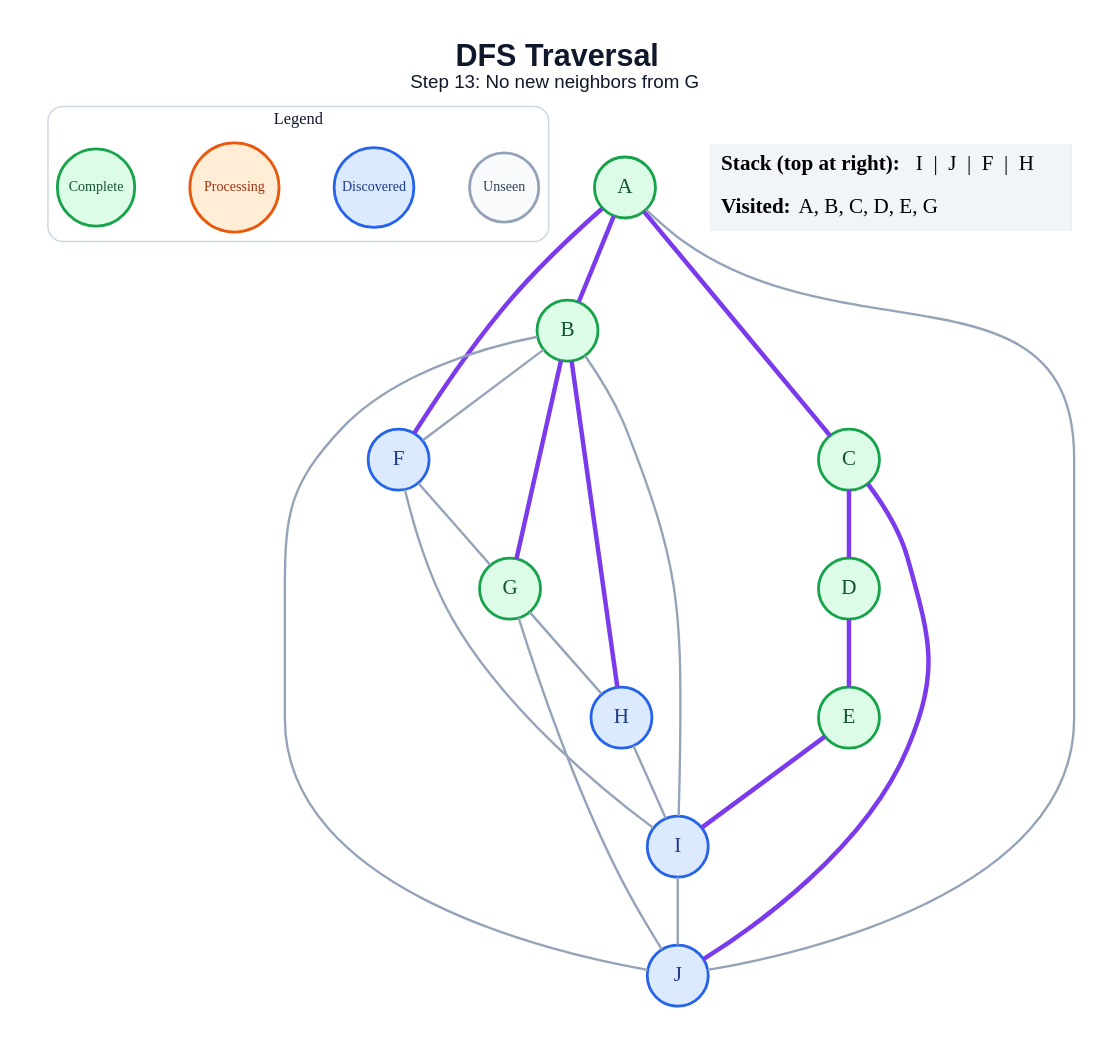
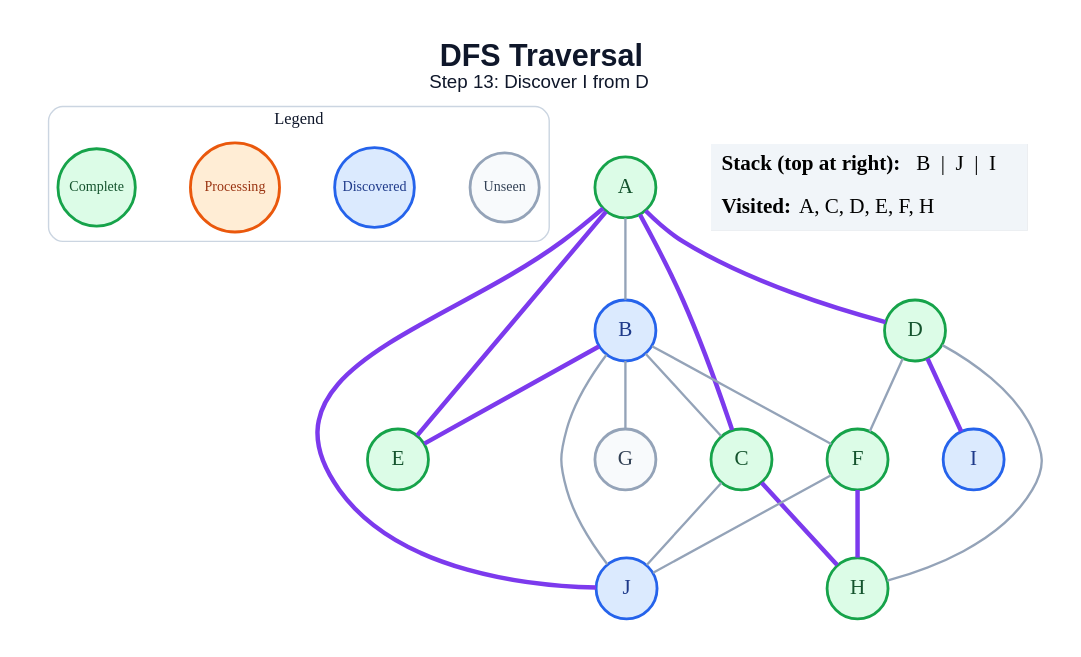
Before and after one commit to amanghodawala9/ai-slop: the diagram in generated/specific-node/dfs/step_13.dot, drawn with Graphviz. The commit also changed 178 other files, not shown here.

```diff
--- a/generated/specific-node/dfs/step_13.dot
+++ b/generated/specific-node/dfs/step_13.dot
@@ -1,48 +1,46 @@
 graph traversal {
   graph [layout=dot, rankdir=TB, bgcolor="#FFFFFF", pad="0.35", nodesep="0.65", ranksep="0.8", fontname="Arial"];
   node [shape=circle, style="filled", fontname="Arial Bold", fontsize=18, width=0.72, fixedsize=true, penwidth=2.4];
   edge [color="#94A3B8", penwidth=2.0];
-  label=<<B>DFS Traversal</B><BR/><FONT POINT-SIZE="16">Step 13: No new neighbors from G</FONT>>; labelloc="t"; fontsize=26; fontname="Arial"; fontcolor="#0F172A";
+  label=<<B>DFS Traversal</B><BR/><FONT POINT-SIZE="16">Step 13: Discover I from D</FONT>>; labelloc="t"; fontsize=26; fontname="Arial"; fontcolor="#0F172A";
   subgraph cluster_legend { label="Legend"; color="#CBD5E1"; penwidth=1.2; style="rounded"; fontsize=14; fontname="Arial Bold";
     key_unseen [label="Unseen", fillcolor="#F8FAFC", color="#94A3B8", fontcolor="#334155", fontsize=12, width=0.82];
     key_frontier [label="Discovered", fillcolor="#DBEAFE", color="#2563EB", fontcolor="#1E3A8A", fontsize=12, width=0.95];
     key_current [label="Processing", fillcolor="#FFEDD5", color="#EA580C", fontcolor="#9A3412", fontsize=12, width=1.05];
     key_done [label="Complete", fillcolor="#DCFCE7", color="#16A34A", fontcolor="#14532D", fontsize=12, width=0.92];
     { rank=same; key_unseen; key_frontier; key_current; key_done; }
   }
   A [fillcolor="#DCFCE7", color="#16A34A", fontcolor="#14532D"];
-  B [fillcolor="#DCFCE7", color="#16A34A", fontcolor="#14532D"];
+  B [fillcolor="#DBEAFE", color="#2563EB", fontcolor="#1E3A8A"];
   C [fillcolor="#DCFCE7", color="#16A34A", fontcolor="#14532D"];
   D [fillcolor="#DCFCE7", color="#16A34A", fontcolor="#14532D"];
   E [fillcolor="#DCFCE7", color="#16A34A", fontcolor="#14532D"];
-  F [fillcolor="#DBEAFE", color="#2563EB", fontcolor="#1E3A8A"];
-  G [fillcolor="#DCFCE7", color="#16A34A", fontcolor="#14532D"];
-  H [fillcolor="#DBEAFE", color="#2563EB", fontcolor="#1E3A8A"];
+  F [fillcolor="#DCFCE7", color="#16A34A", fontcolor="#14532D"];
+  G [fillcolor="#F8FAFC", color="#94A3B8", fontcolor="#334155"];
+  H [fillcolor="#DCFCE7", color="#16A34A", fontcolor="#14532D"];
   I [fillcolor="#DBEAFE", color="#2563EB", fontcolor="#1E3A8A"];
   J [fillcolor="#DBEAFE", color="#2563EB", fontcolor="#1E3A8A"];
-  A -- B [color="#7C3AED", penwidth=3.8];
+  A -- B;
   A -- C [color="#7C3AED", penwidth=3.8];
-  A -- F [color="#7C3AED", penwidth=3.8];
-  A -- J;
+  A -- D [color="#7C3AED", penwidth=3.8];
+  A -- E [color="#7C3AED", penwidth=3.8];
+  A -- J [color="#7C3AED", penwidth=3.8];
+  B -- C;
+  B -- E [color="#7C3AED", penwidth=3.8];
   B -- F;
-  B -- G [color="#7C3AED", penwidth=3.8];
-  B -- H [color="#7C3AED", penwidth=3.8];
-  B -- I;
+  B -- G;
   B -- J;
-  C -- D [color="#7C3AED", penwidth=3.8];
-  C -- J [color="#7C3AED", penwidth=3.8];
-  D -- E [color="#7C3AED", penwidth=3.8];
-  E -- I [color="#7C3AED", penwidth=3.8];
-  F -- G;
-  F -- I;
-  G -- H;
-  G -- J;
-  H -- I;
-  I -- J;
+  C -- H [color="#7C3AED", penwidth=3.8];
+  C -- J;
+  D -- F;
+  D -- H;
+  D -- I [color="#7C3AED", penwidth=3.8];
+  F -- H [color="#7C3AED", penwidth=3.8];
+  F -- J;
   status [shape=plain, fixedsize=false, width=0, height=0, margin=0, label=<
     <TABLE BORDER="0" CELLBORDER="0" CELLPADDING="7" BGCOLOR="#F1F5F9">
-      <TR><TD ALIGN="LEFT"><B>Stack (top at right):</B> I  |  J  |  F  |  H</TD></TR>
-      <TR><TD ALIGN="LEFT"><B>Visited:</B> A, B, C, D, E, G</TD></TR>
+      <TR><TD ALIGN="LEFT"><B>Stack (top at right):</B> B  |  J  |  I</TD></TR>
+      <TR><TD ALIGN="LEFT"><B>Visited:</B> A, C, D, E, F, H</TD></TR>
     </TABLE>
   >];
 }
```
